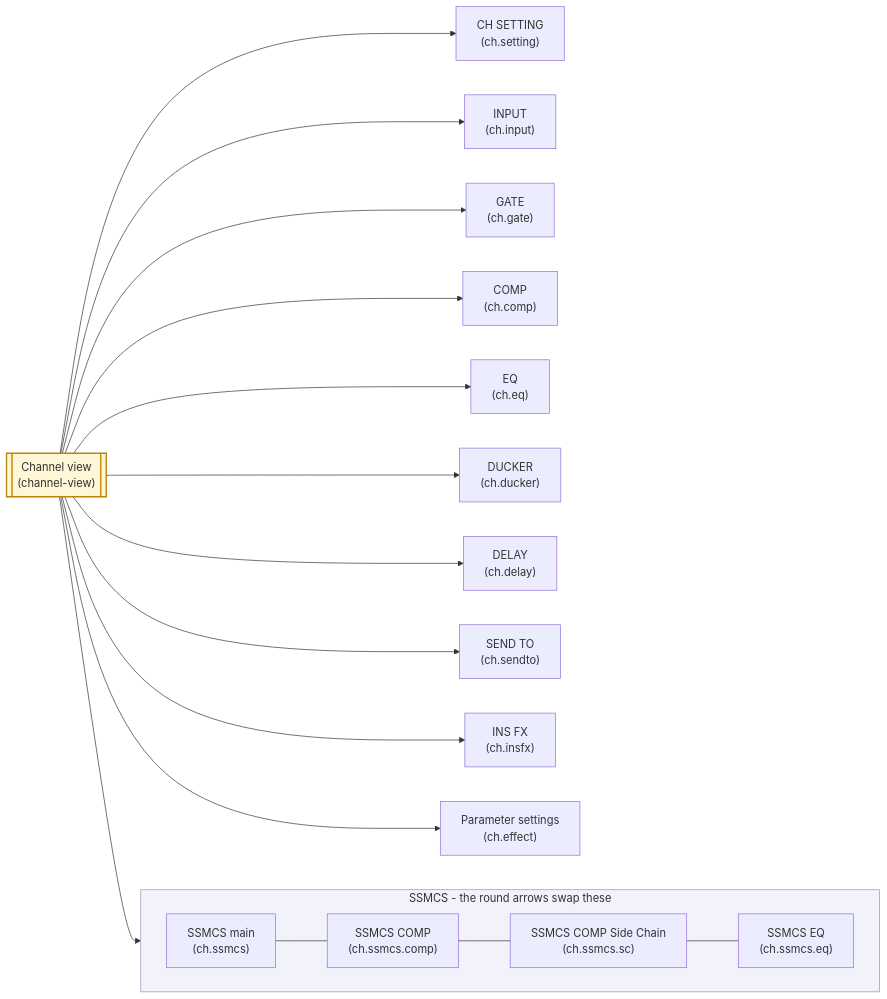
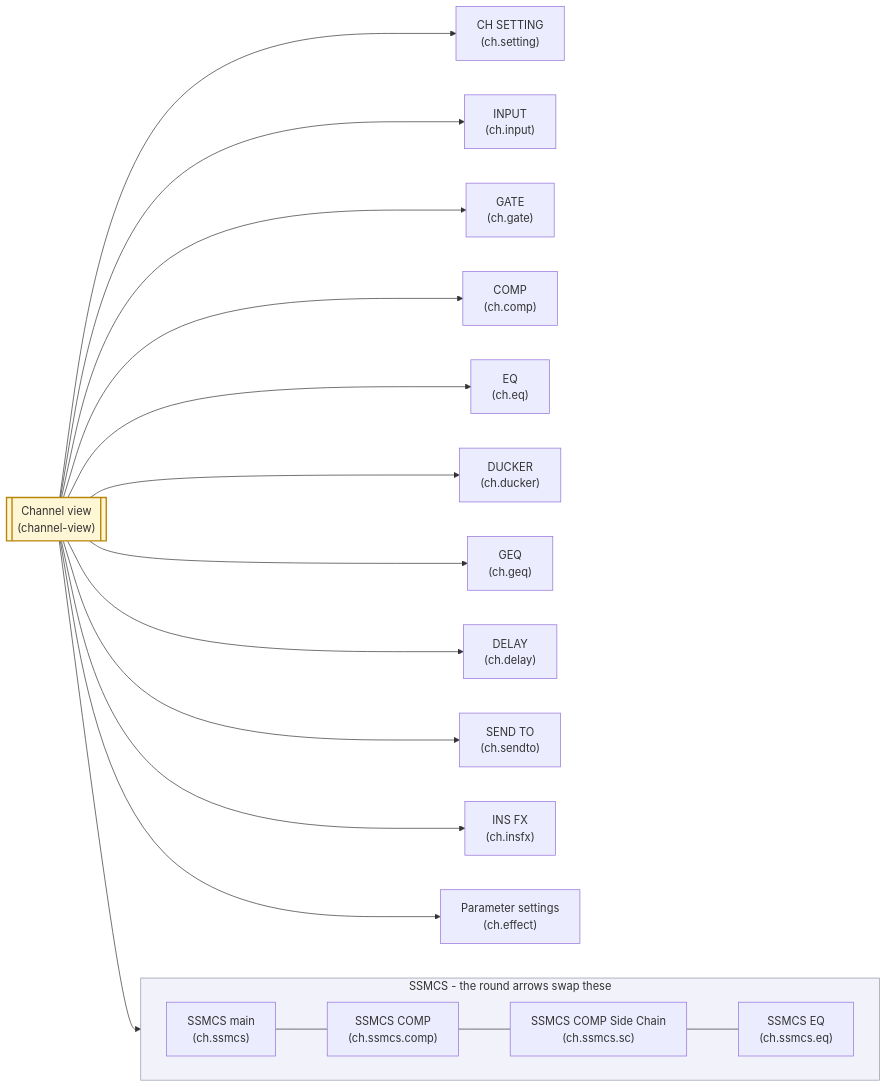
One commit to semnil/urx-lcd-sim changed the second of 3 diagrams in docs/en/screen-map.md. Above: the diagram before and after it, drawn with Mermaid. The commit also changed 14 other files, not shown here.

First line of the commit message:
feat(geq): the GEQ screen: four bands at a time, the graph that steps them, and Available

````diff
--- a/docs/en/screen-map.md
+++ b/docs/en/screen-map.md
@@ -33,26 +33,27 @@
 ```mermaid
 flowchart LR
   CV[["Channel view<br>(channel-view)"]]:::ref
   CV --> CHSET["CH SETTING<br>(ch.setting)"]
   CV --> CHIN["INPUT<br>(ch.input)"]
   CV --> GATE["GATE<br>(ch.gate)"]
   CV --> COMP["COMP<br>(ch.comp)"]
   CV --> EQ["EQ<br>(ch.eq)"]
   CV --> DUCK["DUCKER<br>(ch.ducker)"]
+  CV --> GEQ["GEQ<br>(ch.geq)"]
   CV --> DLY["DELAY<br>(ch.delay)"]
   CV --> SENDTO["SEND TO<br>(ch.sendto)"]
   CV --> INS["INS FX<br>(ch.insfx)"]
   CV --> FXP["Parameter settings<br>(ch.effect)"]
   CV --> SSM
 
   subgraph SSMCS["SSMCS - the round arrows swap these"]
     direction LR
     SSM["SSMCS main<br>(ch.ssmcs)"]
     SSC["SSMCS COMP<br>(ch.ssmcs.comp)"]
     SSS["SSMCS COMP Side Chain<br>(ch.ssmcs.sc)"]
     SSE["SSMCS EQ<br>(ch.ssmcs.eq)"]
     SSM --- SSC --- SSS --- SSE
   end
   style SSMCS fill:#f2f2fa,stroke:#9098a8;
   classDef ref fill:#fff6d5,stroke:#b8860b,stroke-width:2px;
 ```
````
